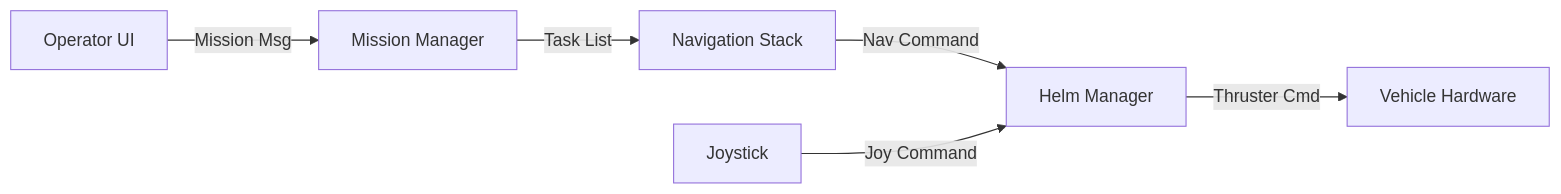
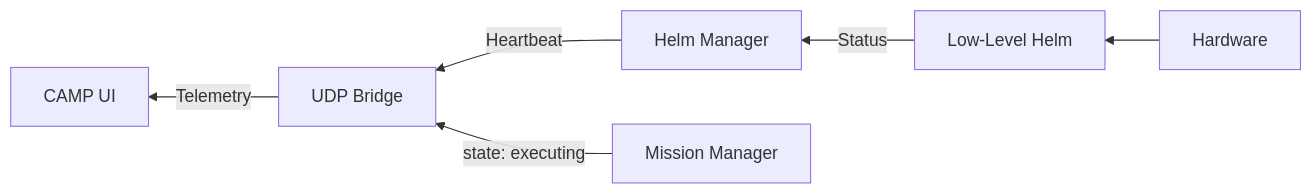
Before and after one commit to rolker/unh_marine_autonomy: the second of 2 diagrams in marine_autonomy/docs/system_architecture.md, drawn with Mermaid. The commit also changed other lines of this file and 2 other files, not shown here.

Commit message:
docs: improve developer documentation and system architecture

````diff
--- a/marine_autonomy/docs/system_architecture.md
+++ b/marine_autonomy/docs/system_architecture.md
@@ -20,8 +50,8 @@
 ```mermaid
-graph LR
-    User[Operator UI] -- Mission Msg --> MM[Mission Manager]
-    MM -- Task List --> Nav[Navigation Stack]
-    Nav -- Nav Command --> Helm[Helm Manager]
-    Joystick -- Joy Command --> Helm
-    Helm -- Thruster Cmd --> Hardware[Vehicle Hardware]
+graph RL
+    HW[Hardware] --> LL[Low-Level Helm]
+    LL -- Status --> HM[Helm Manager]
+    HM -- Heartbeat --> UDP[UDP Bridge]
+    UDP -- Telemetry --> UI[CAMP UI]
+    MM[Mission Manager] -- "state: executing" --> UDP
 ```
````
